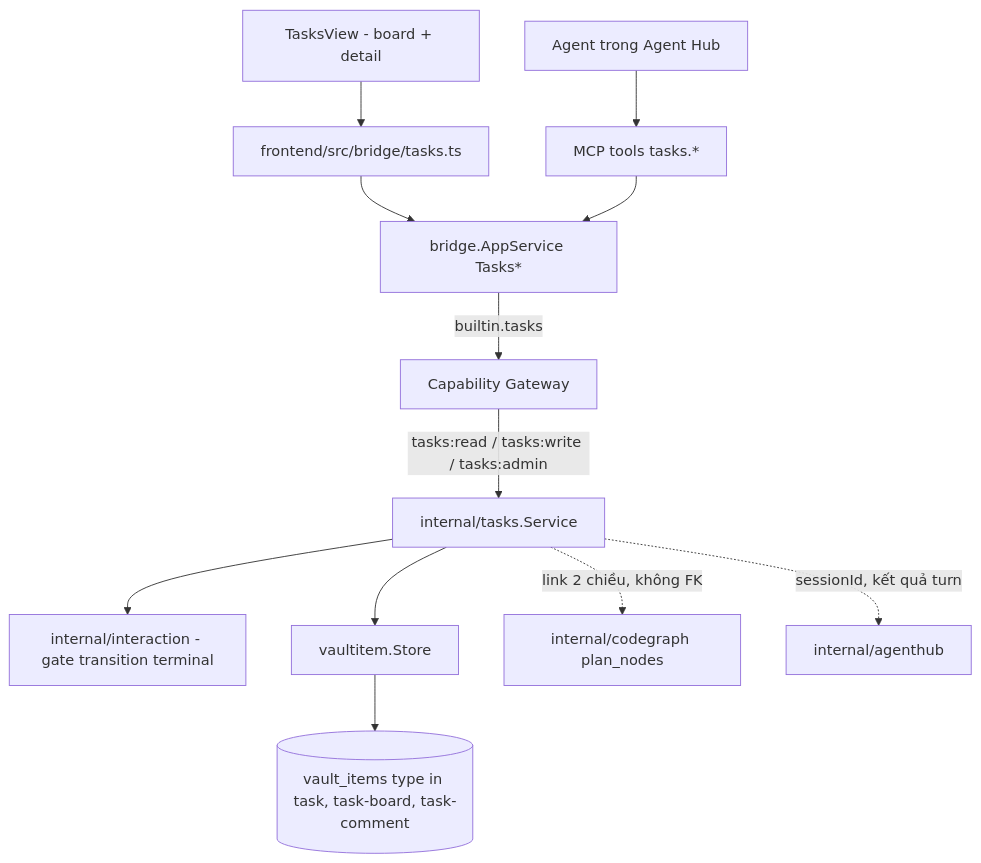
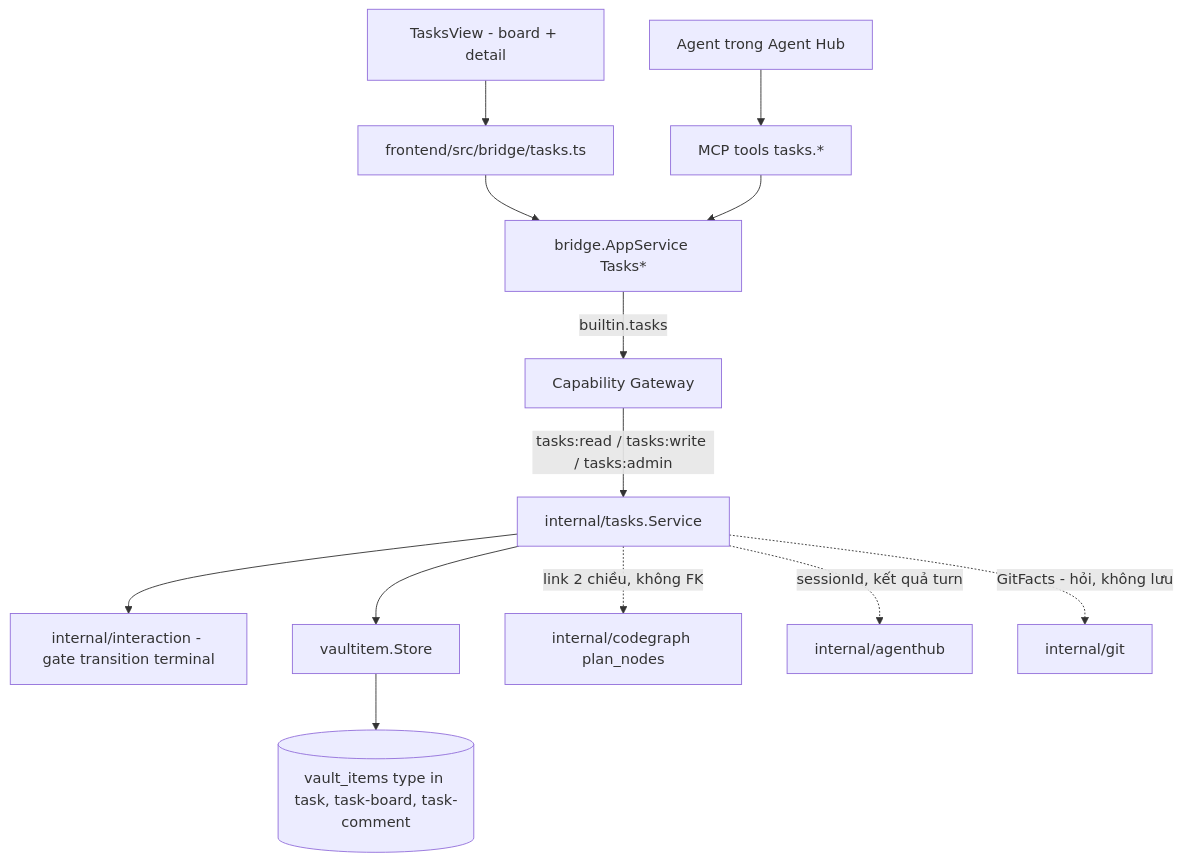
One commit to syurodev/dev-kit changed the first of 4 diagrams in docs/dev-kit/tasks.mdx. Above: the diagram before and after it, drawn with Mermaid. The commit also changed other lines of this file and 3 other files, not shown here.

````diff
--- a/docs/dev-kit/tasks.mdx
+++ b/docs/dev-kit/tasks.mdx
@@ -27,14 +28,15 @@
 ```mermaid
 flowchart TD
   UI["TasksView - board + detail"] --> BR["frontend/src/bridge/tasks.ts"]
   AGENT["Agent trong Agent Hub"] --> MCP["MCP tools tasks.*"]
   BR --> AS["bridge.AppService Tasks*"]
   MCP --> AS
   AS -->|"builtin.tasks"| GW["Capability Gateway"]
   GW -->|"tasks:read / tasks:write / tasks:admin"| SVC["internal/tasks.Service"]
   SVC --> GATE["internal/interaction - gate transition terminal"]
   SVC --> STORE["vaultitem.Store"]
   STORE --> ITEMS[("vault_items type in task, task-board, task-comment")]
   SVC -.->|"link 2 chiều, không FK"| CG["internal/codegraph plan_nodes"]
   SVC -.->|"sessionId, kết quả turn"| AH["internal/agenthub"]
+  SVC -.->|"GitFacts - hỏi, không lưu"| GIT["internal/git"]
 ```
````
